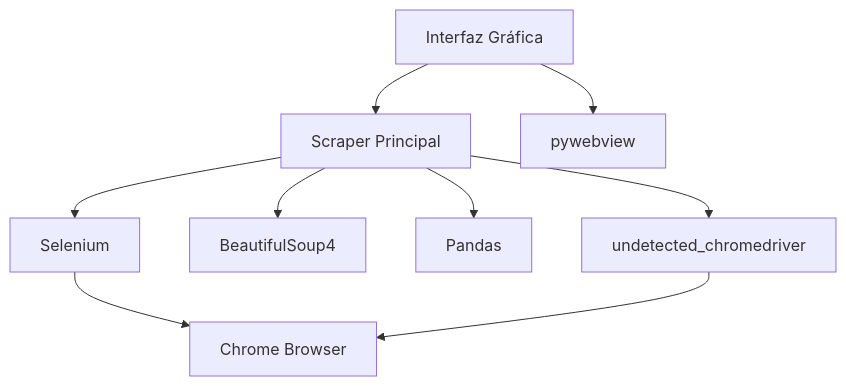
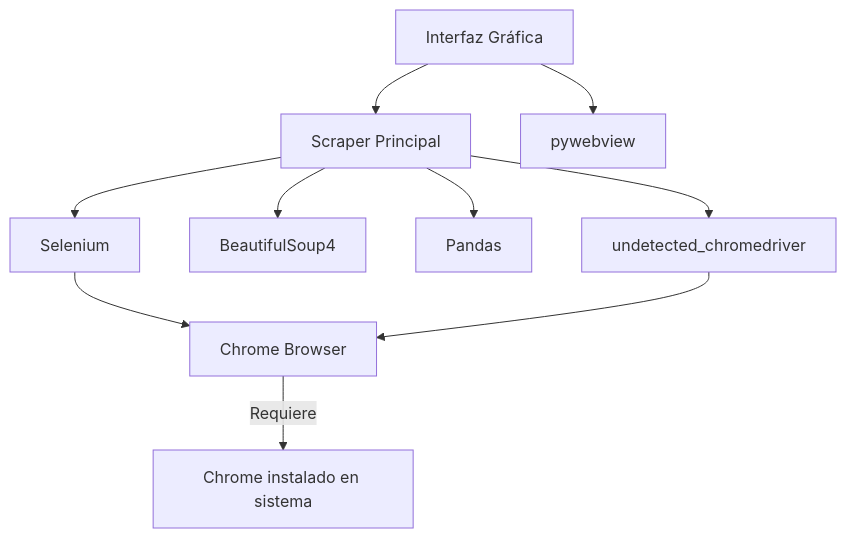
Before and after one commit to JuanJLH/documentaciones: the seventh of 10 diagrams in P-SCRAPER-URBANIA.md, drawn with Mermaid. The commit also changed other lines of this file, not shown here.

````diff
--- a/P-SCRAPER-URBANIA.md
+++ b/P-SCRAPER-URBANIA.md
@@ -229,13 +276,15 @@
 ```mermaid
 graph TD
     main[Scraper Principal] --> selenium[Selenium]
     main --> bs4[BeautifulSoup4]
     main --> pandas[Pandas]
     main --> uc[undetected_chromedriver]
     
     app[Interfaz Gráfica] --> pywebview[pywebview]
     app --> main
     
     selenium --> chrome[Chrome Browser]
     uc --> chrome
+    
+    chrome -->|"Requiere"| installed[Chrome instalado en sistema]
 ```
````
